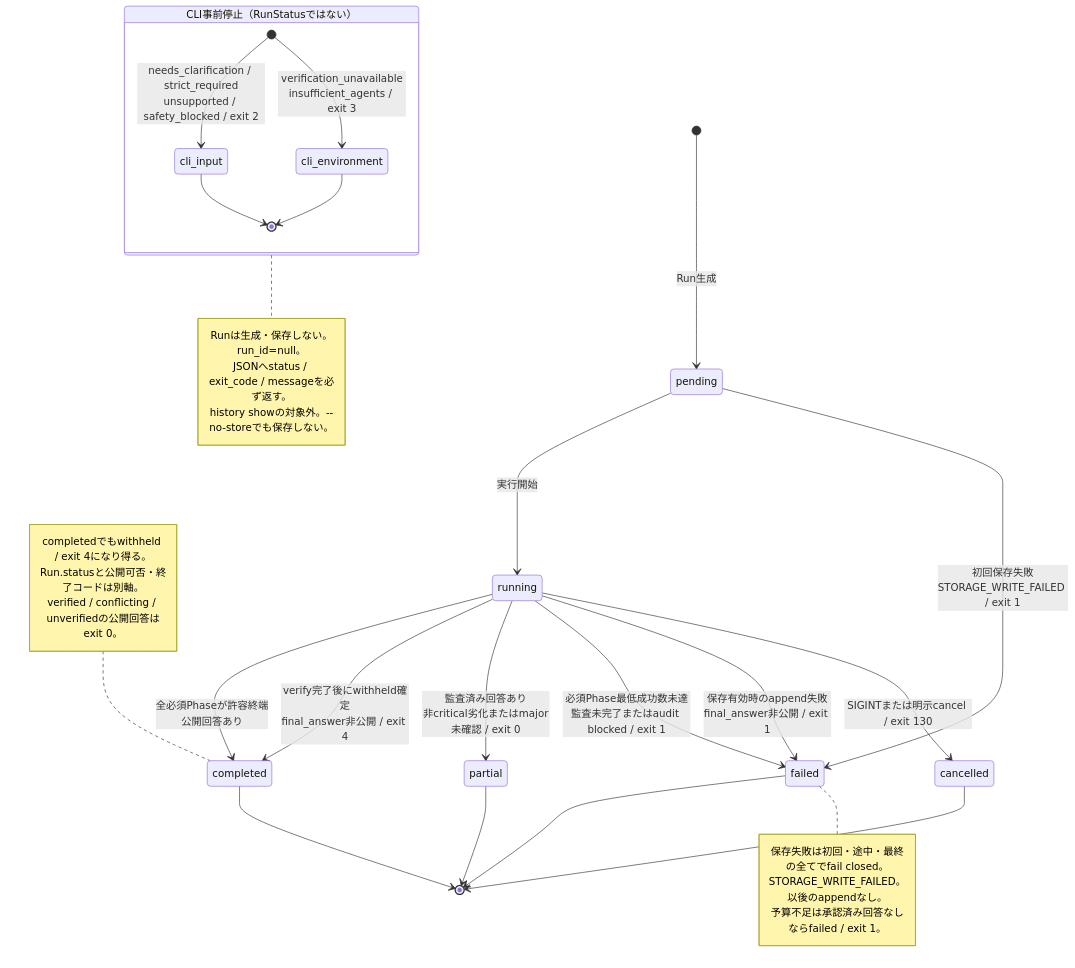
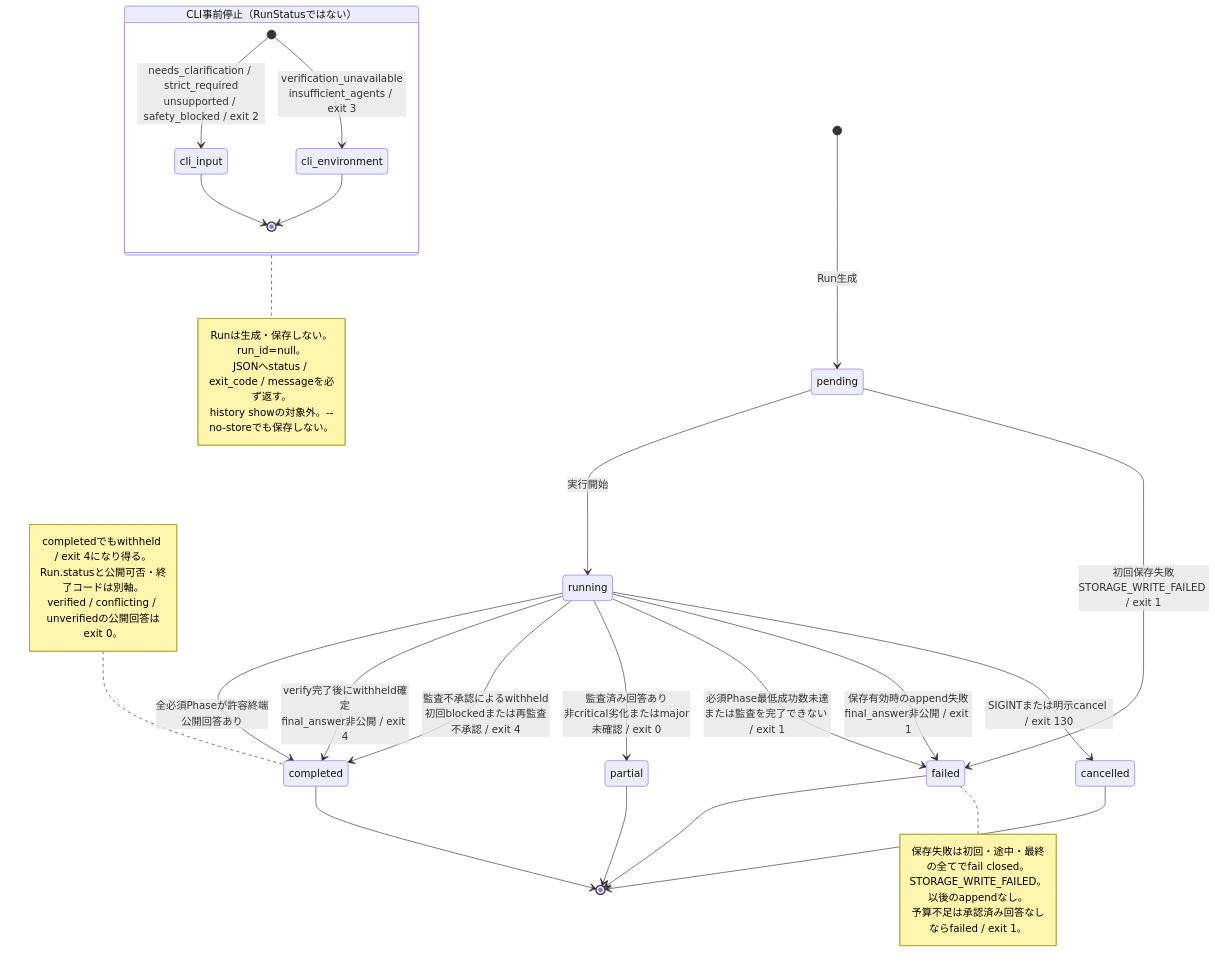
One commit to garyohosu/OracleCouncil changed the first of 6 diagrams in STATE.md. Above: the diagram before and after it, drawn with Mermaid. The commit also changed other lines of this file and 6 other files, not shown here.

````diff
--- a/STATE.md
+++ b/STATE.md
@@ -12,41 +12,42 @@
 ```mermaid
 stateDiagram-v2
     [*] --> pending: Run生成
     pending --> running: 実行開始
     pending --> failed: 初回保存失敗<br/>STORAGE_WRITE_FAILED / exit 1
 
     running --> completed: 全必須Phaseが許容終端<br/>公開回答あり
     running --> completed: verify完了後にwithheld確定<br/>final_answer非公開 / exit 4
+    running --> completed: 監査不承認によるwithheld<br/>初回blockedまたは再監査不承認 / exit 4
     running --> partial: 監査済み回答あり<br/>非critical劣化またはmajor未確認 / exit 0
-    running --> failed: 必須Phase最低成功数未達<br/>監査未完了またはaudit blocked / exit 1
+    running --> failed: 必須Phase最低成功数未達<br/>または監査を完了できない / exit 1
     running --> failed: 保存有効時のappend失敗<br/>final_answer非公開 / exit 1
     running --> cancelled: SIGINTまたは明示cancel / exit 130
 
     completed --> [*]
     partial --> [*]
     failed --> [*]
     cancelled --> [*]
 
     state "CLI事前停止（RunStatusではない）" as preflight {
         [*] --> cli_input: needs_clarification / strict_required<br/>unsupported / safety_blocked / exit 2
         [*] --> cli_environment: verification_unavailable<br/>insufficient_agents / exit 3
         cli_input --> [*]
         cli_environment --> [*]
     }
 
     note right of preflight
       Runは生成・保存しない。run_id=null。
       JSONへstatus / exit_code / messageを必ず返す。
       history showの対象外。--no-storeでも保存しない。
     end note
     note right of failed
       保存失敗は初回・途中・最終の全てでfail closed。
       STORAGE_WRITE_FAILED。以後のappendなし。
       予算不足は承認済み回答なしならfailed / exit 1。
     end note
     note left of completed
       completedでもwithheld / exit 4になり得る。
       Run.statusと公開可否・終了コードは別軸。
       verified / conflicting / unverifiedの公開回答はexit 0。
     end note
 ```
````
